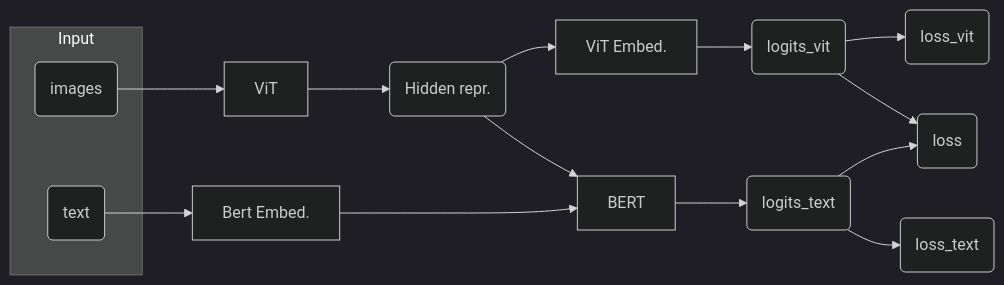
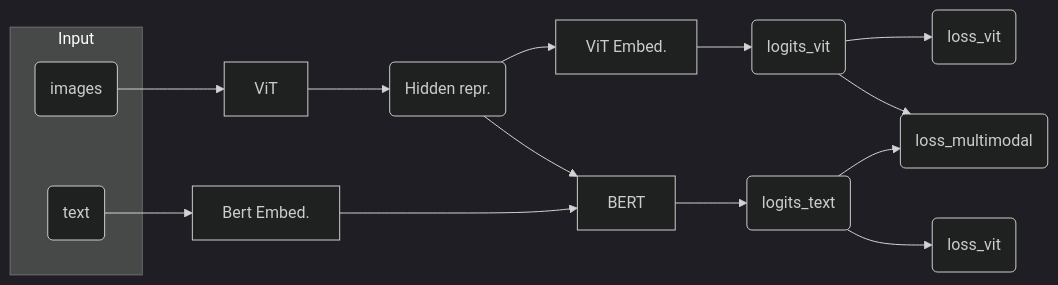
The diagram in README.md (chen-yingfa/chujian-recognition-multimodal), drawn with Mermaid (dark theme) before and after one commit. The commit also changed other lines of this file, not shown here.

````diff
--- a/README.md
+++ b/README.md
@@ -3,19 +17,19 @@
 ```mermaid
 flowchart LR
     subgraph Input
         img
         text
     end
     img(images) --> ViT
     ViT --> hv(Hidden repr.)
     hv --> ve[ViT Embed.]
     ve --> lv(logits_vit)
     hv --> BERT
     text(text) --> be[Bert Embed.]
     be --> BERT
     BERT --> lt(logits_text)
     lv --> loss_vit(loss_vit)
-    lt --> loss_t(loss_text)
-    lv --> loss(loss)
-    lt --> loss(loss)
+    lt --> loss_text(loss_vit)
+    lv --> loss_multimodal(loss_multimodal)
+    lt --> loss_multimodal(loss_multimodal)
 ```
````
